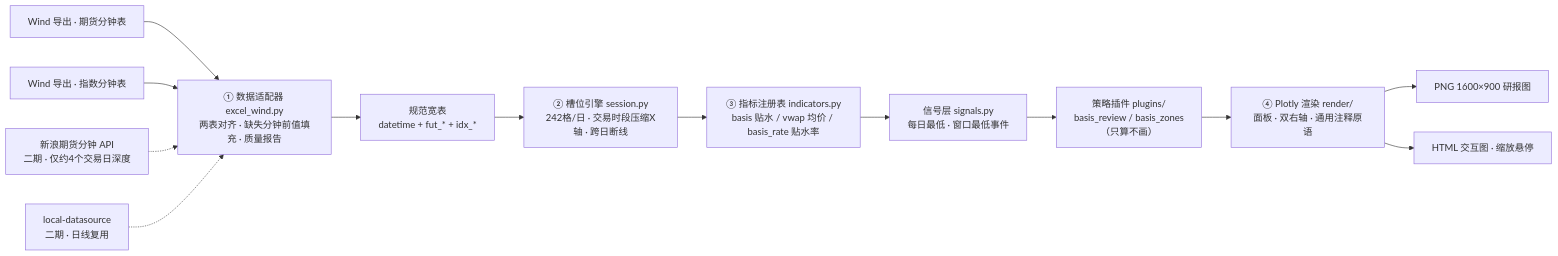
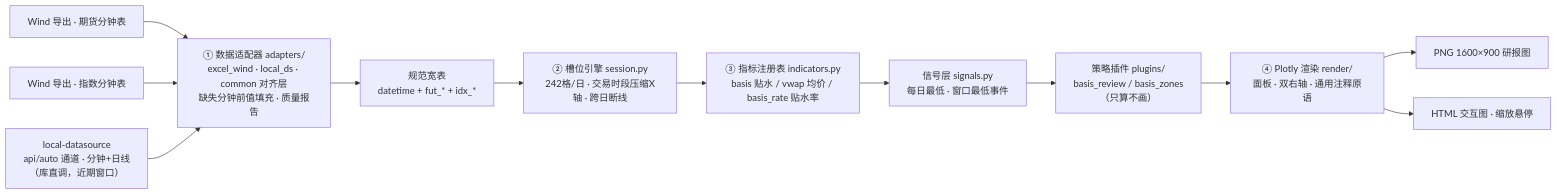
The first of 2 diagrams in README.md (jarvislee90s-dot/quant-chart), drawn with Mermaid before and after one commit. The commit also changed other lines of this file, not shown here.

Commit message:
docs: README 全面对齐 v0.2.0 现实（架构图实线化local-datasource/4.1两条通道/深度数字修正4-8日/三期候选替换二期路线）

````diff
--- a/README.md
+++ b/README.md
@@ -13,16 +13,15 @@
 ```mermaid
 flowchart LR
     FE["Wind 导出 · 期货分钟表"] --> AD
     IE["Wind 导出 · 指数分钟表"] --> AD
-    AD["① 数据适配器 excel_wind.py<br/>两表对齐 · 缺失分钟前值填充 · 质量报告"]
+    LDS["local-datasource<br/>api/auto 通道 · 分钟+日线<br/>（库直调，近期窗口）"] --> AD
+    AD["① 数据适配器 adapters/<br/>excel_wind · local_ds · common 对齐层<br/>缺失分钟前值填充 · 质量报告"]
     AD --> CAN["规范宽表<br/>datetime + fut_* + idx_*"]
     CAN --> SE["② 槽位引擎 session.py<br/>242格/日 · 交易时段压缩X轴 · 跨日断线"]
     SE --> IND["③ 指标注册表 indicators.py<br/>basis 贴水 / vwap 均价 / basis_rate 贴水率"]
     IND --> SIG["信号层 signals.py<br/>每日最低 · 窗口最低事件"]
     SIG --> PLG["策略插件 plugins/<br/>basis_review / basis_zones<br/>（只算不画）"]
     PLG --> RD["④ Plotly 渲染 render/<br/>面板 · 双右轴 · 通用注释原语"]
     RD --> OUT1["PNG 1600×900 研报图"]
     RD --> OUT2["HTML 交互图 · 缩放悬停"]
-    API1["新浪期货分钟 API<br/>二期 · 仅约4个交易日深度"] -.-> AD
-    API2["local-datasource<br/>二期 · 日线复用"] -.-> AD
 ```
````
